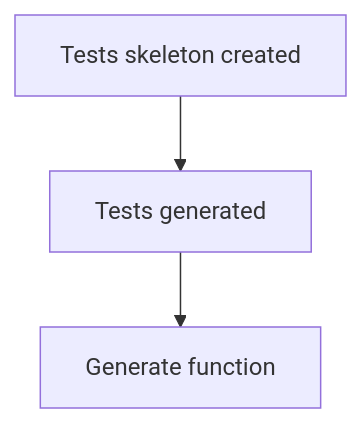
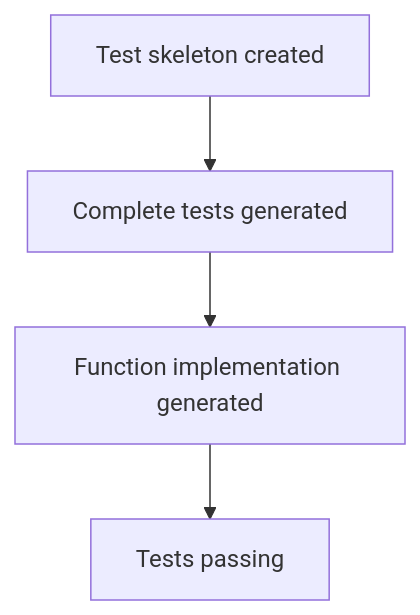
One commit to CodyBontecou/typescript-llm4tdd-example changed the diagram in README.md. Above: the diagram before and after it, drawn with Mermaid. The commit also changed other lines of this file, not shown here.

Commit message:
README (generated)

````diff
--- a/README.md
+++ b/README.md
@@ -21,5 +11,6 @@
 ```mermaid
 graph TD
-    A[Tests skeleton created] --> B[Tests generated]
-    B --> C[Generate function]
+    A[Test skeleton created] --> B[Complete tests generated]
+    B --> C[Function implementation generated]
+    C --> D[Tests passing]
 ```
````
